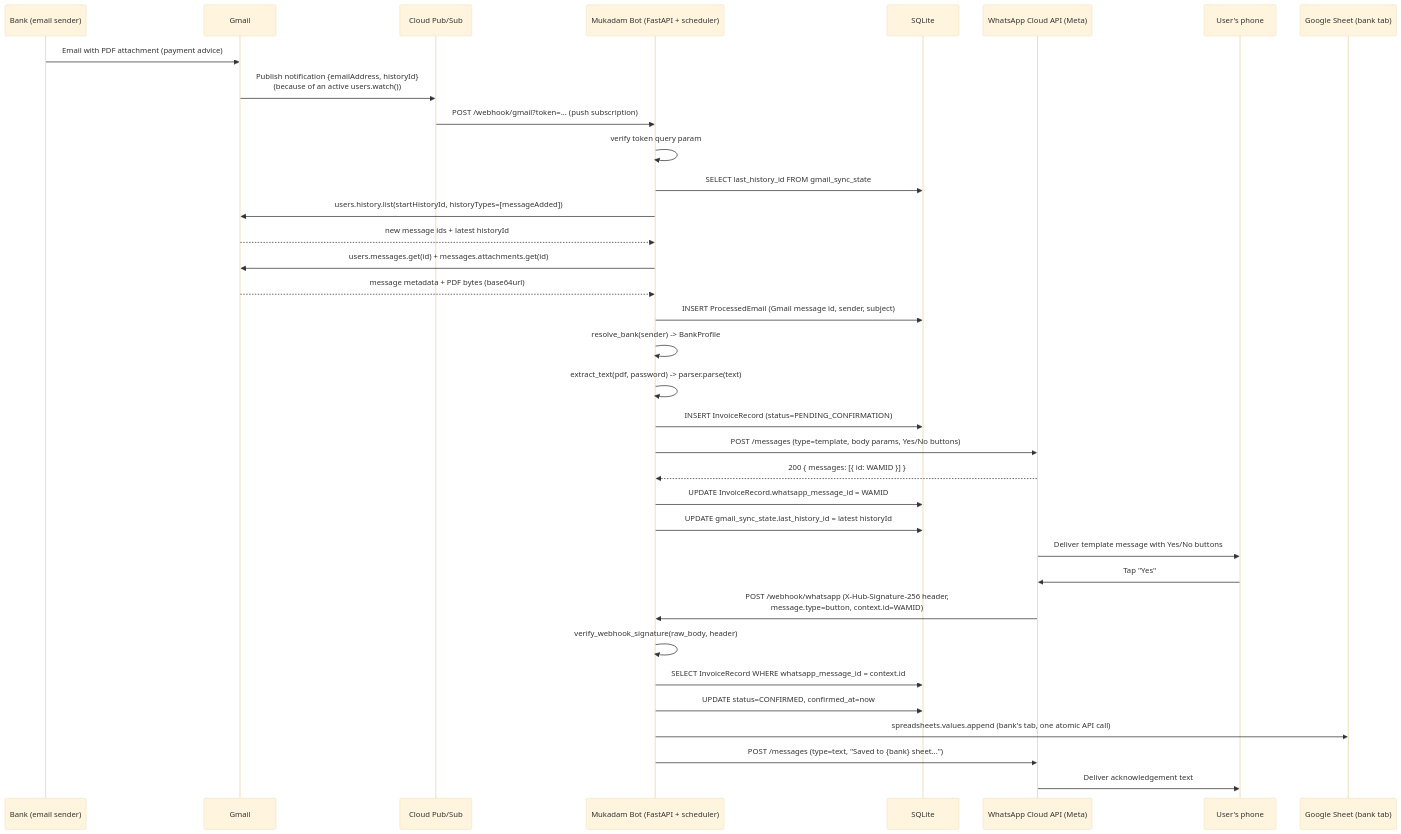
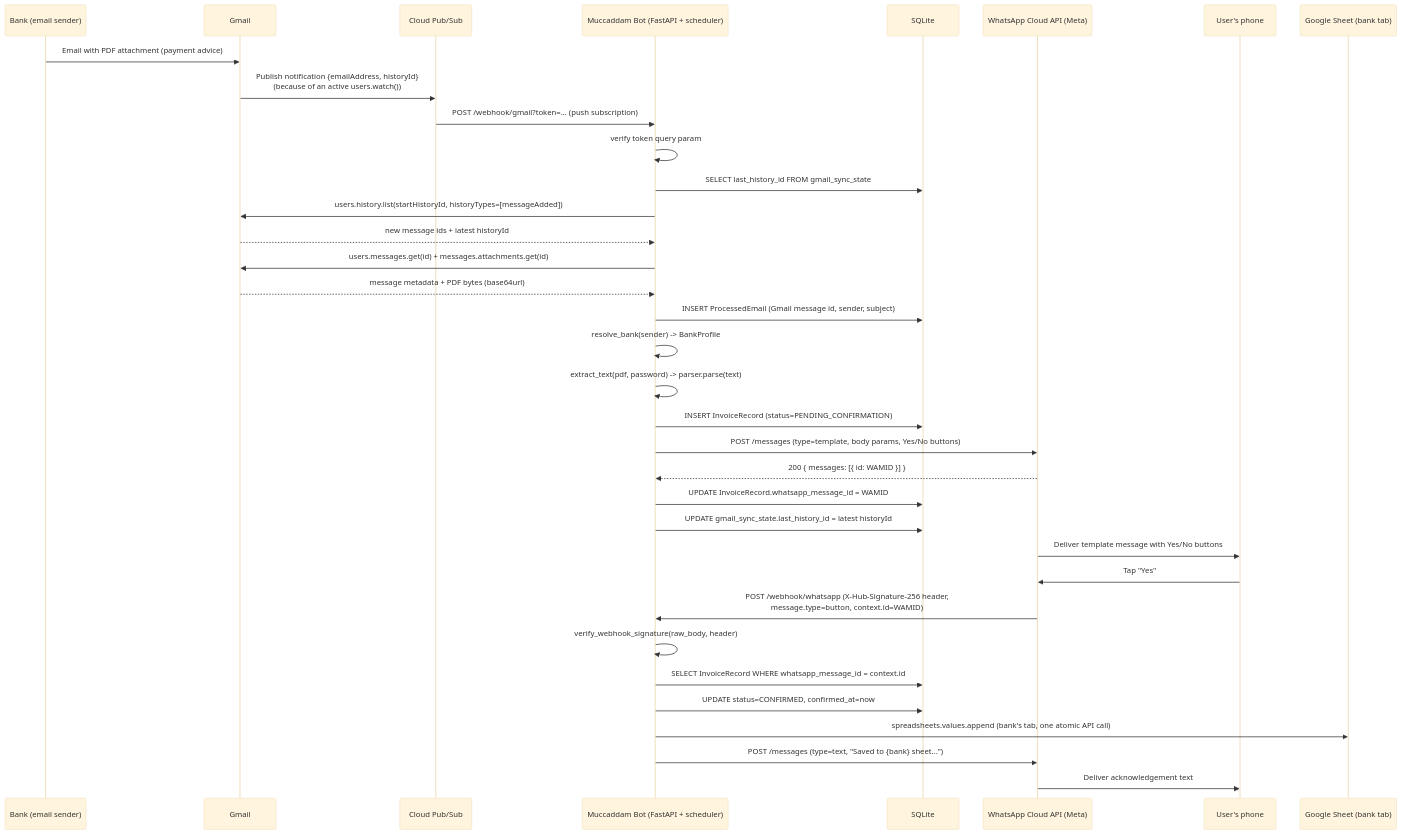
The second of 2 diagrams in docs/WORKFLOW.md (cyberifydevelopers/mukadam-bot), drawn with Mermaid (base theme) before and after one commit. The commit also changed 16 other files, not shown here.

Commit message:
ADDED CAD and Update the Name of Mukadam and made bot more intelligent

````diff
--- a/docs/WORKFLOW.md
+++ b/docs/WORKFLOW.md
@@ -137,38 +137,38 @@
 ```mermaid
 sequenceDiagram
     participant Bank as Bank (email sender)
     participant Gmail as Gmail
     participant PubSub as Cloud Pub/Sub
-    participant Bot as Mukadam Bot (FastAPI + scheduler)
+    participant Bot as Muccaddam Bot (FastAPI + scheduler)
     participant DB as SQLite
     participant WA as WhatsApp Cloud API (Meta)
     participant User as User's phone
     participant Sheet as Google Sheet (bank tab)
 
     Bank->>Gmail: Email with PDF attachment (payment advice)
     Gmail->>PubSub: Publish notification {emailAddress, historyId}<br/>(because of an active users.watch())
     PubSub->>Bot: POST /webhook/gmail?token=... (push subscription)
     Bot->>Bot: verify token query param
     Bot->>DB: SELECT last_history_id FROM gmail_sync_state
     Bot->>Gmail: users.history.list(startHistoryId, historyTypes=[messageAdded])
     Gmail-->>Bot: new message ids + latest historyId
     Bot->>Gmail: users.messages.get(id) + messages.attachments.get(id)
     Gmail-->>Bot: message metadata + PDF bytes (base64url)
     Bot->>DB: INSERT ProcessedEmail (Gmail message id, sender, subject)
     Bot->>Bot: resolve_bank(sender) -> BankProfile
     Bot->>Bot: extract_text(pdf, password) -> parser.parse(text)
     Bot->>DB: INSERT InvoiceRecord (status=PENDING_CONFIRMATION)
     Bot->>WA: POST /messages (type=template, body params, Yes/No buttons)
     WA-->>Bot: 200 { messages: [{ id: WAMID }] }
     Bot->>DB: UPDATE InvoiceRecord.whatsapp_message_id = WAMID
     Bot->>DB: UPDATE gmail_sync_state.last_history_id = latest historyId
     WA->>User: Deliver template message with Yes/No buttons
     User->>WA: Tap "Yes"
     WA->>Bot: POST /webhook/whatsapp (X-Hub-Signature-256 header,<br/>message.type=button, context.id=WAMID)
     Bot->>Bot: verify_webhook_signature(raw_body, header)
     Bot->>DB: SELECT InvoiceRecord WHERE whatsapp_message_id = context.id
     Bot->>DB: UPDATE status=CONFIRMED, confirmed_at=now
     Bot->>Sheet: spreadsheets.values.append (bank's tab, one atomic API call)
     Bot->>WA: POST /messages (type=text, "Saved to {bank} sheet...")
     WA->>User: Deliver acknowledgement text
 ```
````
